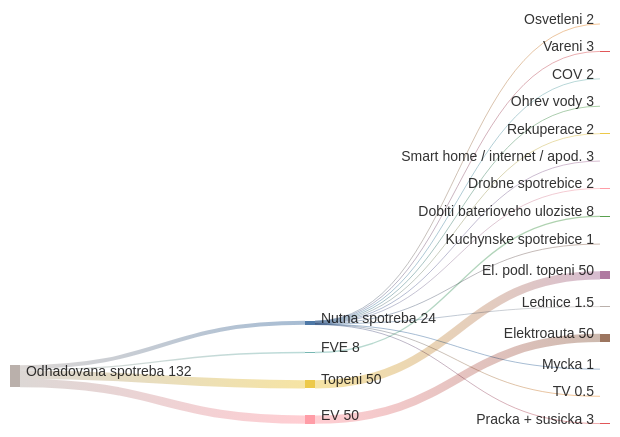
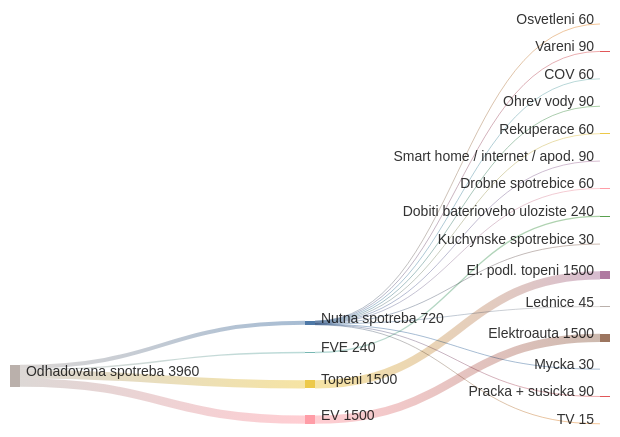
The second of 2 diagrams in Elektrika.md (mtrakal/smrci), drawn with Mermaid before and after one commit. The commit also changed other lines of this file and 5 other files, not shown here.

Commit message:
spotřeba přepočtena na měsíční, smart home aktualizace

````diff
--- a/Elektrika.md
+++ b/Elektrika.md
@@ -185,25 +189,25 @@
 ```mermaid
 sankey-beta
 
 %% source,target,value
-"Nutna spotreba","Osvetleni",2
-"Nutna spotreba","Vareni",3
-"Nutna spotreba","COV",2
-"Nutna spotreba","Ohrev vody",3
-"Nutna spotreba","Rekuperace",2
-"Nutna spotreba","Smart home / internet / apod.",3
-"Nutna spotreba","Drobne spotrebice",2
-"Nutna spotreba","Kuchynske spotrebice",1
-"Nutna spotreba","Lednice",1.5
-"Nutna spotreba","Mycka",1
-"Nutna spotreba","TV",0.5
-"Nutna spotreba","Pracka + susicka",3
-"FVE","Dobiti baterioveho uloziste",8
-"Topeni","El. podl. topeni", 50
-"EV","Elektroauta", 50
+"Nutna spotreba","Osvetleni",60
+"Nutna spotreba","Vareni",90
+"Nutna spotreba","COV",60
+"Nutna spotreba","Ohrev vody",90
+"Nutna spotreba","Rekuperace",60
+"Nutna spotreba","Smart home / internet / apod.",90
+"Nutna spotreba","Drobne spotrebice",60
+"Nutna spotreba","Kuchynske spotrebice",30
+"Nutna spotreba","Lednice",45
+"Nutna spotreba","Mycka",30
+"Nutna spotreba","TV",15
+"Nutna spotreba","Pracka + susicka",90
+"FVE","Dobiti baterioveho uloziste",240
+"Topeni","El. podl. topeni", 1500
+"EV","Elektroauta", 1500
 
-"Odhadovana spotreba","Nutna spotreba", 24
-"Odhadovana spotreba","FVE", 8
-"Odhadovana spotreba","EV", 50
-"Odhadovana spotreba","Topeni", 50
+"Odhadovana spotreba","Nutna spotreba", 720
+"Odhadovana spotreba","FVE", 240
+"Odhadovana spotreba","EV", 1500
+"Odhadovana spotreba","Topeni", 1500
 ```
````
